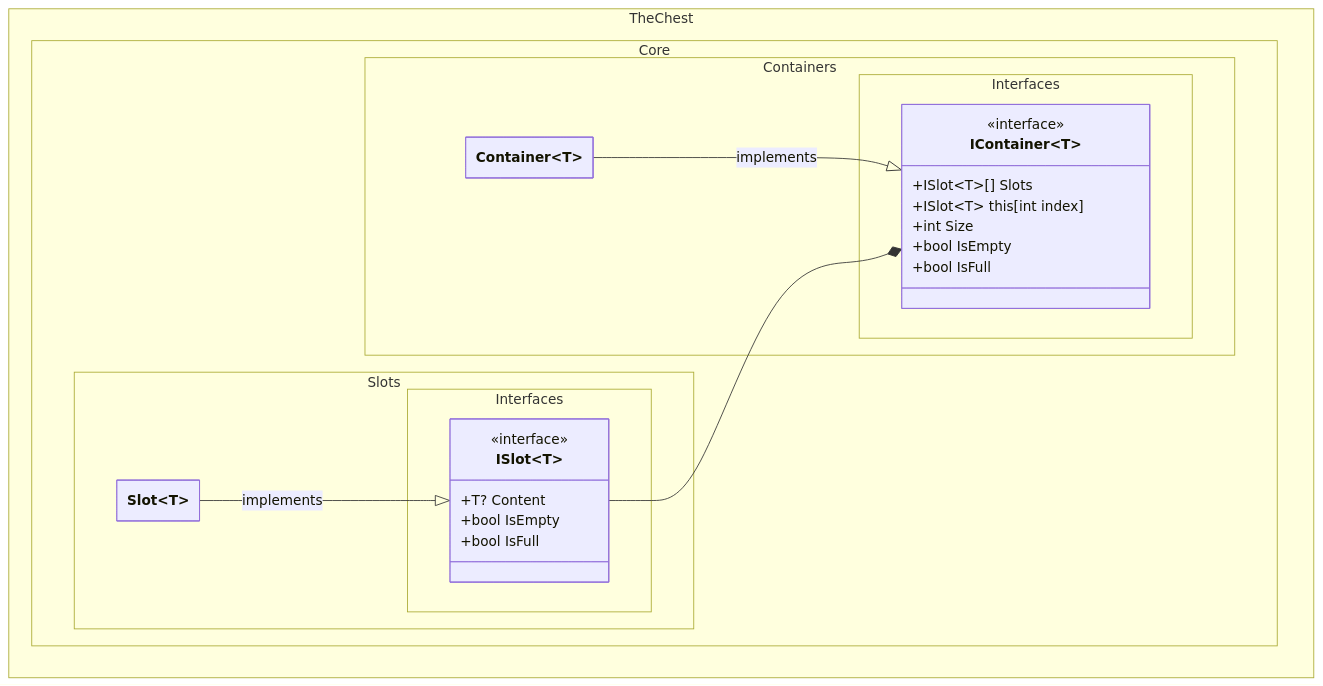
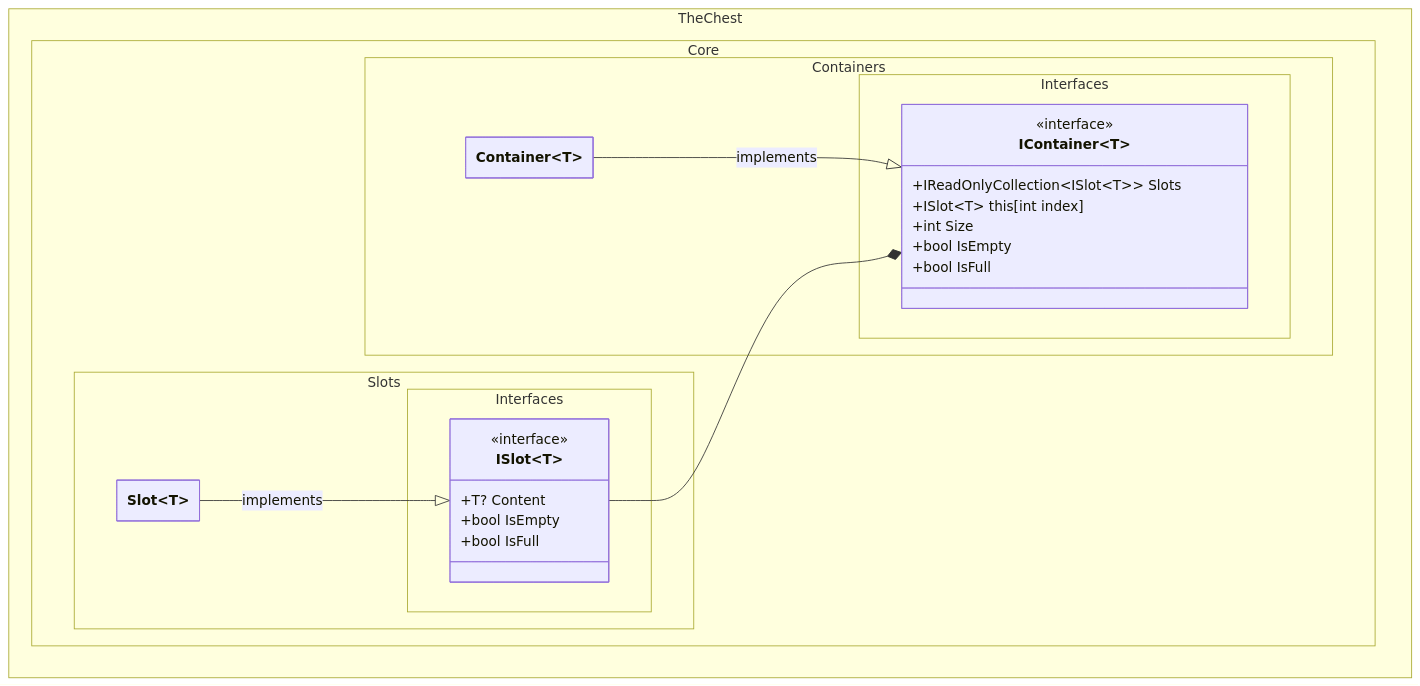
Before and after one commit to The-Chest/TheChest.Core: the first of 2 diagrams in docs/class_diagram.md, drawn with Mermaid. The commit also changed other lines of this file and 1 other file, not shown here.

Commit message:
Changes class_diagram docs

````diff
--- a/docs/class_diagram.md
+++ b/docs/class_diagram.md
@@ -9,42 +9,42 @@
 ```mermaid
 ---
 config:
   theme: mc
   look: classic
   class:
     hideEmptyMembersBox: true
 ---
 classDiagram
 direction BT
 	namespace TheChest.Core.Containers.Interfaces {
         class IContainer~T~ {
-	        +ISlot~T~[] Slots
+	        +IReadOnlyCollection~ISlot~T~~ Slots
 	        +ISlot~T~ this[int index]
 	        +int Size
 	        +bool IsEmpty
 	        +bool IsFull
         }
 	}
 	namespace TheChest.Core.Slots.Interfaces {
         class ISlot~T~ {
 	        +T? Content
 	        +bool IsEmpty
 	        +bool IsFull
         }
 	}
 	namespace TheChest.Core.Containers {
         class Container~T~ {
         }
 	}
 	namespace TheChest.Core.Slots {
         class Slot~T~ {
         }
 	}
 
 	<<interface>> IContainer
 	<<interface>> ISlot
 
     Container --|> IContainer : implements
     ISlot --* IContainer
     Slot --|> ISlot : implements
 ```
````
